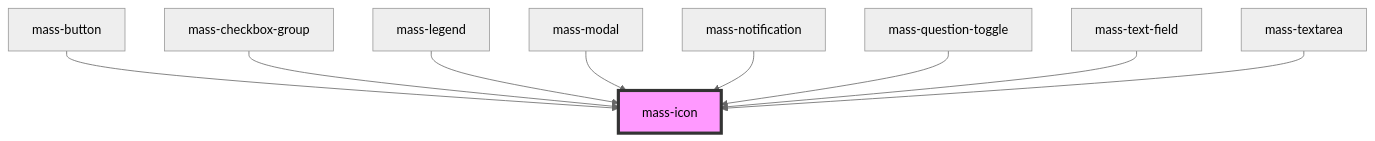
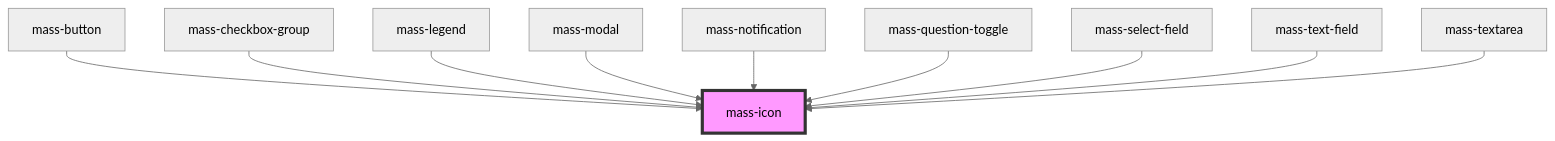
Before and after one commit to Alien4Hire/massive-networks-shared-components: the diagram in src/components/mass-icon/readme.md, drawn with Mermaid (neutral theme). The commit also changed other lines of this file and 10 other files, not shown here.

````diff
--- a/src/components/mass-icon/readme.md
+++ b/src/components/mass-icon/readme.md
@@ -37,12 +38,13 @@
 ```mermaid
 graph TD;
   mass-button --> mass-icon
   mass-checkbox-group --> mass-icon
   mass-legend --> mass-icon
   mass-modal --> mass-icon
   mass-notification --> mass-icon
   mass-question-toggle --> mass-icon
+  mass-select-field --> mass-icon
   mass-text-field --> mass-icon
   mass-textarea --> mass-icon
   style mass-icon fill:#f9f,stroke:#333,stroke-width:4px
 ```
````
